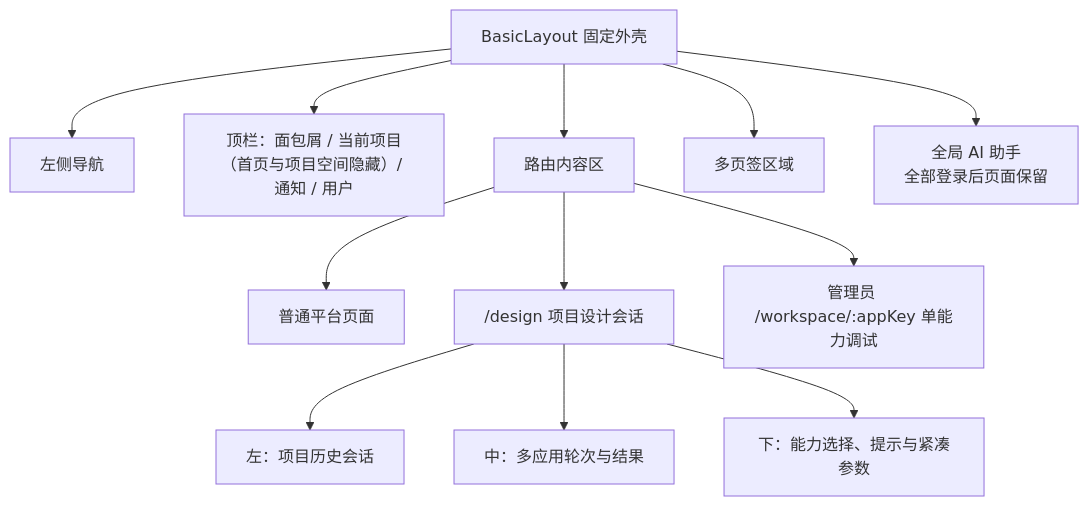
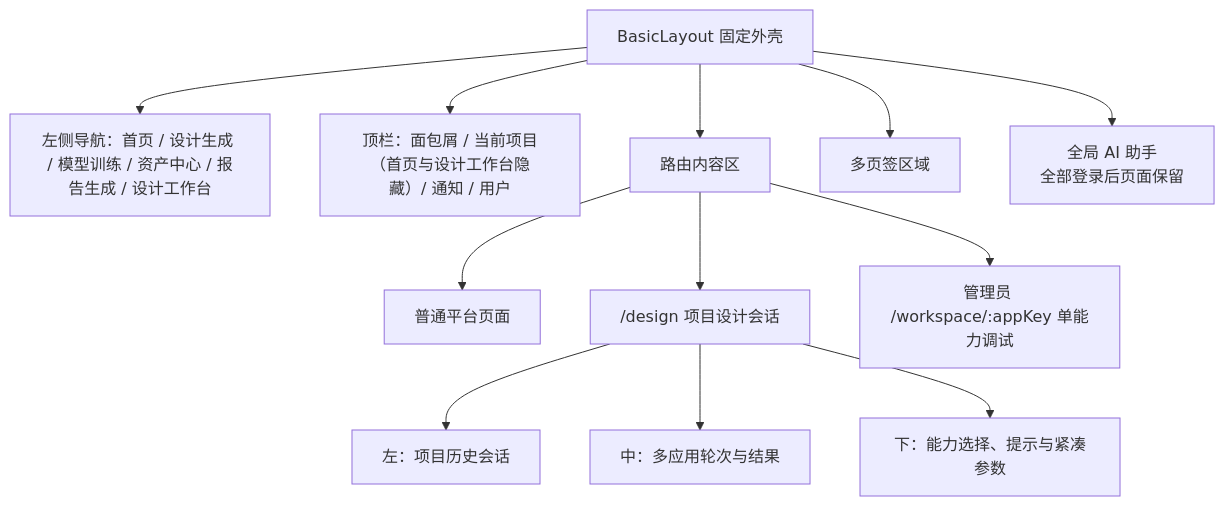
The third of 13 diagrams in docs/rail-platform/ARCHITECTURE.md (hywchina/vue-vben-admin), drawn with Mermaid before and after one commit. The commit also changed other lines of this file and 122 other files, not shown here.

````diff
--- a/docs/rail-platform/ARCHITECTURE.md
+++ b/docs/rail-platform/ARCHITECTURE.md
@@ -137,17 +139,17 @@
 ```mermaid
 flowchart TB
   Layout["BasicLayout 固定外壳"]
-  Layout --> Nav["左侧导航"]
-  Layout --> Header["顶栏：面包屑 / 当前项目（首页与项目空间隐藏）/ 通知 / 用户"]
+  Layout --> Nav["左侧导航：首页 / 设计生成 / 模型训练 / 资产中心 / 报告生成 / 设计工作台"]
+  Layout --> Header["顶栏：面包屑 / 当前项目（首页与设计工作台隐藏）/ 通知 / 用户"]
   Layout --> RouteArea["路由内容区"]
   Layout --> Tabs["多页签区域"]
   Layout --> Assistant["全局 AI 助手<br/>全部登录后页面保留"]
 
   RouteArea --> Normal["普通平台页面"]
   RouteArea --> DesignArea["/design 项目设计会话"]
   RouteArea --> AppArea["管理员 /workspace/:appKey 单能力调试"]
 
   DesignArea --> History["左：项目历史会话"]
   DesignArea --> Stage["中：多应用轮次与结果"]
   DesignArea --> Composer["下：能力选择、提示与紧凑参数"]
 ```
````
